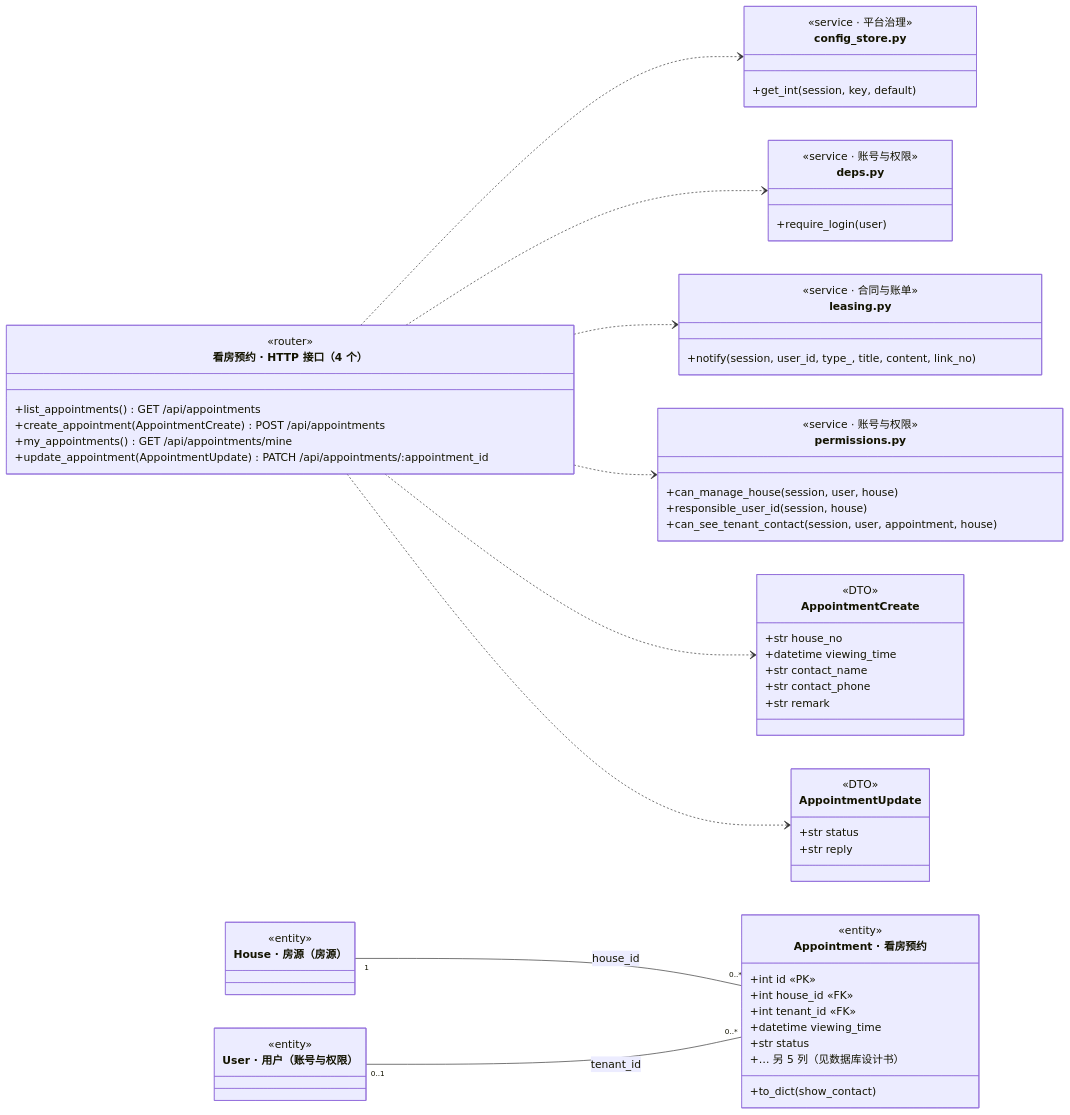
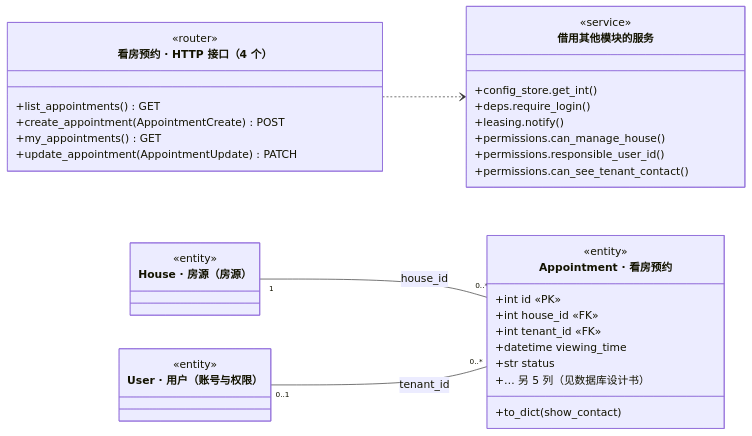
Before and after one commit to A107586/ai-house-rental: the diagram in docs/图/class_appointment.mmd, drawn with Mermaid. The commit also changed 52 other files, not shown here.

First line of the commit message:
docs(设计): 按评审意见细化系统结构图；对照模板补模块结构图，Word 版式对齐模板、去掉日文字体

```diff
--- a/docs/图/class_appointment.mmd
+++ b/docs/图/class_appointment.mmd
@@ -1,62 +1,35 @@
 classDiagram
     direction LR
     class Api["看房预约 · HTTP 接口（4 个）"] {
         <<router>>
-        +list_appointments() GET /api/appointments
-        +create_appointment(AppointmentCreate) POST /api/appointments
-        +my_appointments() GET /api/appointments/mine
-        +update_appointment(AppointmentUpdate) PATCH /api/appointments/:appointment_id
+        +list_appointments() GET
+        +create_appointment(AppointmentCreate) POST
+        +my_appointments() GET
+        +update_appointment(AppointmentUpdate) PATCH
     }
-    class m_config_store["config_store.py"] {
-        <<service · 平台治理>>
-        +get_int(session, key, default)
+    class m_shared["借用其他模块的服务"] {
+        <<service>>
+        +config_store.get_int()
+        +deps.require_login()
+        +leasing.notify()
+        +permissions.can_manage_house()
+        +permissions.responsible_user_id()
+        +permissions.can_see_tenant_contact()
     }
-    Api ..> m_config_store
-    class m_deps["deps.py"] {
-        <<service · 账号与权限>>
-        +require_login(user)
-    }
-    Api ..> m_deps
-    class m_leasing["leasing.py"] {
-        <<service · 合同与账单>>
-        +notify(session, user_id, type_, title, content, link_no)
-    }
-    Api ..> m_leasing
-    class m_permissions["permissions.py"] {
-        <<service · 账号与权限>>
-        +can_manage_house(session, user, house)
-        +responsible_user_id(session, house)
-        +can_see_tenant_contact(session, user, appointment, house)
-    }
-    Api ..> m_permissions
-    class AppointmentCreate["AppointmentCreate"] {
-        <<DTO>>
-        +str house_no
-        +datetime viewing_time
-        +str contact_name
-        +str contact_phone
-        +str remark
-    }
-    Api ..> AppointmentCreate
-    class AppointmentUpdate["AppointmentUpdate"] {
-        <<DTO>>
-        +str status
-        +str reply
-    }
-    Api ..> AppointmentUpdate
+    Api ..> m_shared
     class Appointment["Appointment · 看房预约"] {
         <<entity>>
         +int id «PK»
         +int house_id «FK»
         +int tenant_id «FK»
         +datetime viewing_time
         +str status
         +… 另 5 列（见数据库设计书）
         +to_dict(show_contact)
     }
     class House["House · 房源（房源）"]
     <<entity>> House
     class User["User · 用户（账号与权限）"]
     <<entity>> User
     House "1" -- "0..*" Appointment : house_id
     User "0..1" -- "0..*" Appointment : tenant_id
```
